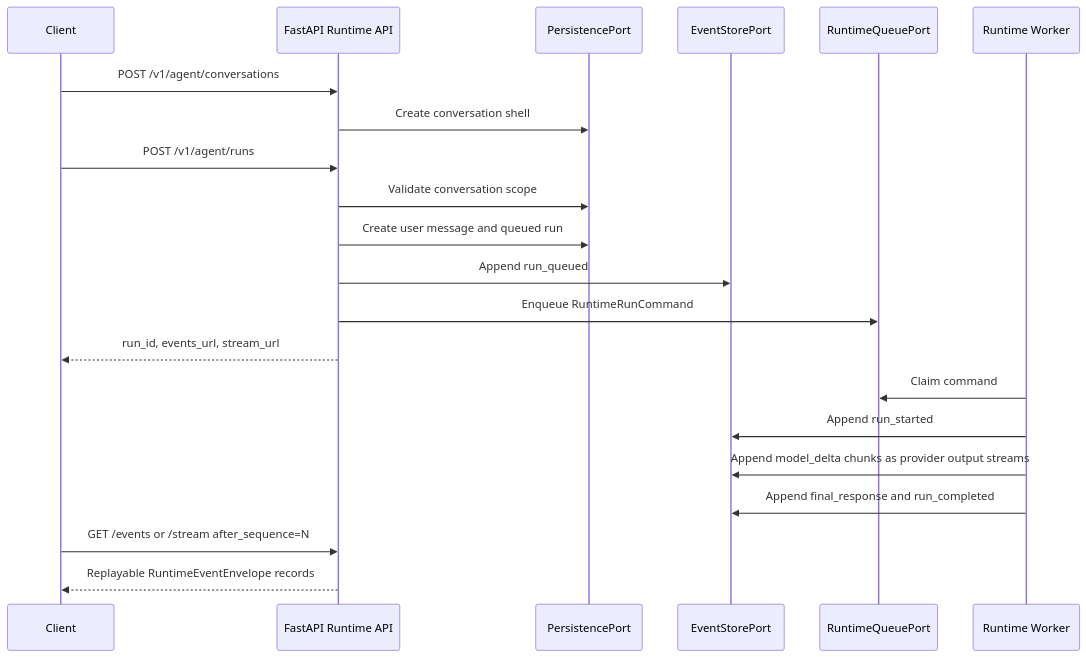
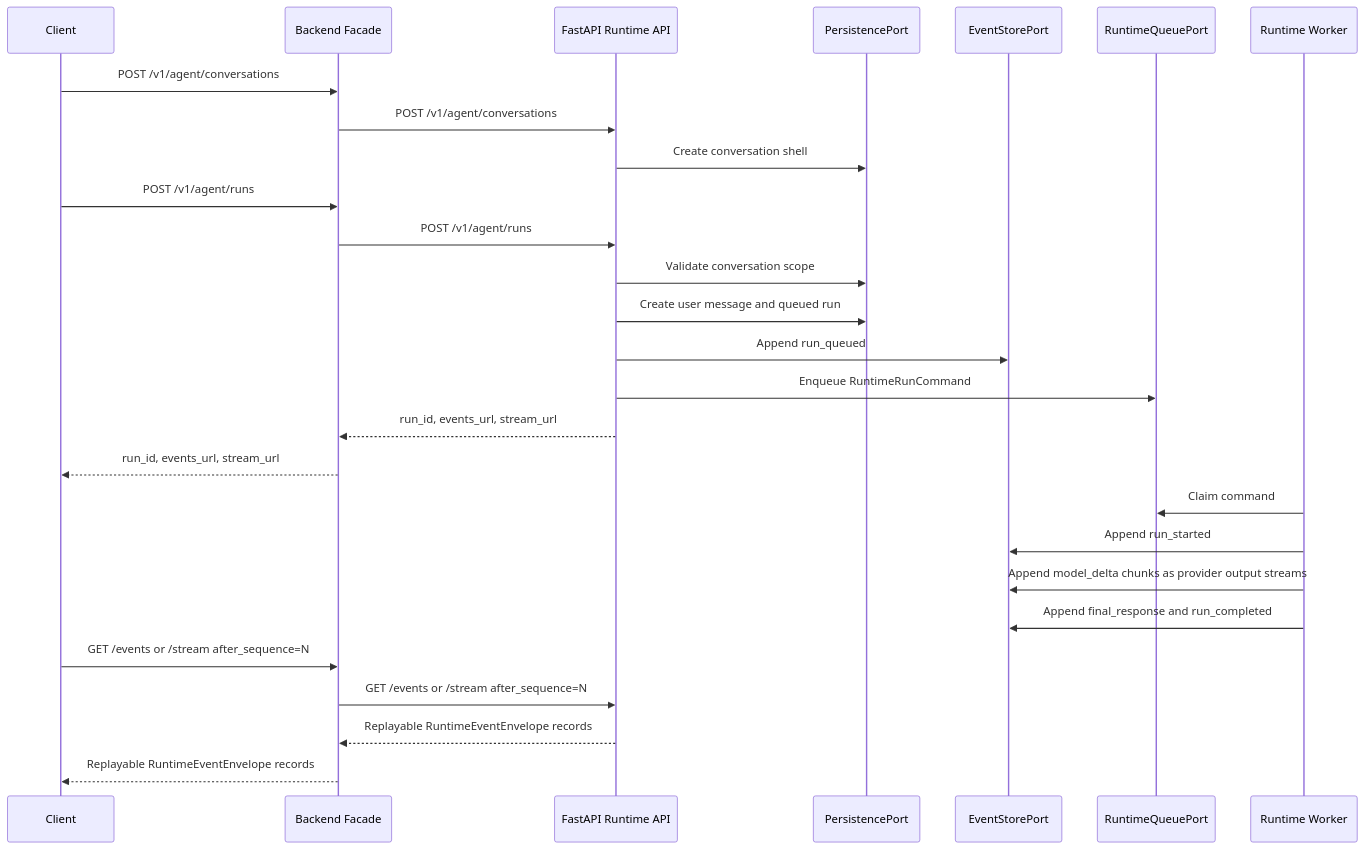
One commit to 0x-copilot-dev/0x-copilot changed the diagram in services/ai-backend/docs/specs/08-fastapi-runtime-api-spec.md. Above: the diagram before and after it, drawn with Mermaid. The commit also changed other lines of this file and 4 other files, not shown here.

````diff
--- a/services/ai-backend/docs/specs/08-fastapi-runtime-api-spec.md
+++ b/services/ai-backend/docs/specs/08-fastapi-runtime-api-spec.md
@@ -41,24 +41,30 @@
 ```mermaid
 sequenceDiagram
   participant Client
+  participant Facade as Backend Facade
   participant API as FastAPI Runtime API
   participant Store as PersistencePort
   participant Events as EventStorePort
   participant Queue as RuntimeQueuePort
   participant Worker as Runtime Worker
 
-  Client->>API: POST /v1/agent/conversations
+  Client->>Facade: POST /v1/agent/conversations
+  Facade->>API: POST /v1/agent/conversations
   API->>Store: Create conversation shell
-  Client->>API: POST /v1/agent/runs
+  Client->>Facade: POST /v1/agent/runs
+  Facade->>API: POST /v1/agent/runs
   API->>Store: Validate conversation scope
   API->>Store: Create user message and queued run
   API->>Events: Append run_queued
   API->>Queue: Enqueue RuntimeRunCommand
-  API-->>Client: run_id, events_url, stream_url
+  API-->>Facade: run_id, events_url, stream_url
+  Facade-->>Client: run_id, events_url, stream_url
   Worker->>Queue: Claim command
   Worker->>Events: Append run_started
   Worker->>Events: Append model_delta chunks as provider output streams
   Worker->>Events: Append final_response and run_completed
-  Client->>API: GET /events or /stream after_sequence=N
-  API-->>Client: Replayable RuntimeEventEnvelope records
+  Client->>Facade: GET /events or /stream after_sequence=N
+  Facade->>API: GET /events or /stream after_sequence=N
+  API-->>Facade: Replayable RuntimeEventEnvelope records
+  Facade-->>Client: Replayable RuntimeEventEnvelope records
 ```
````
